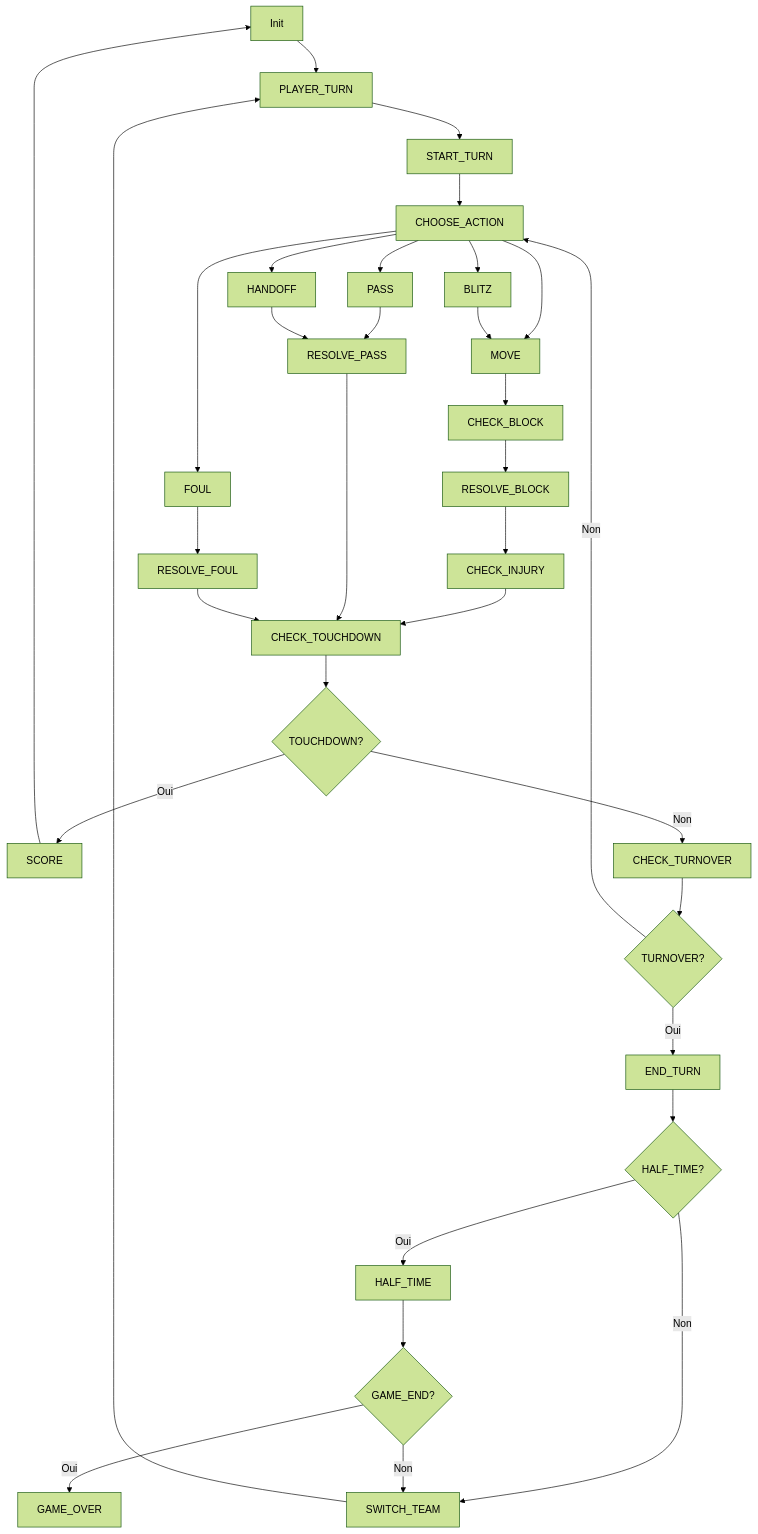
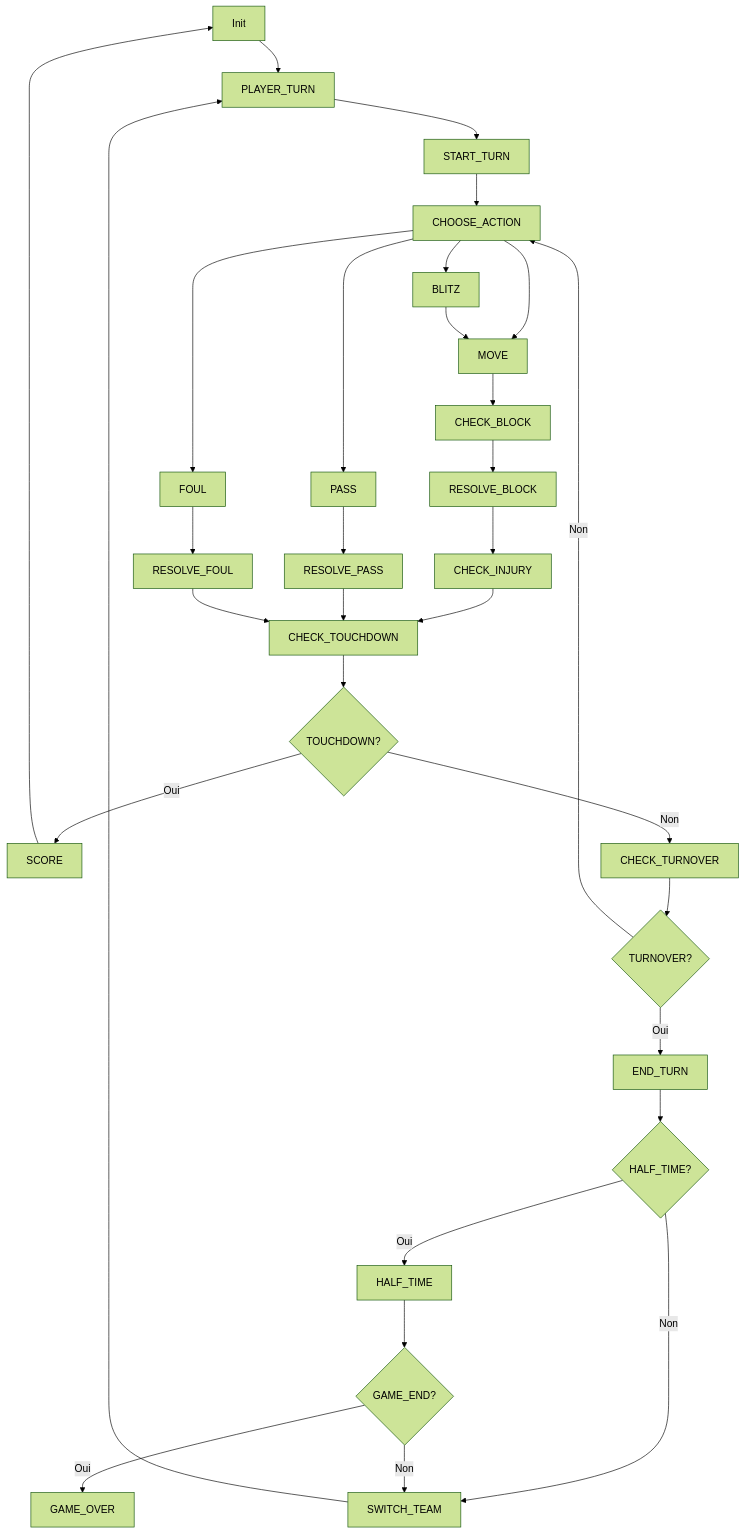
One commit to ju57in3/PLT-Blood-Bowl changed the second of 3 diagrams in README.md. Above: the diagram before and after it, drawn with Mermaid (forest theme).

Commit message:
ReUpdate README.md

````diff
--- a/README.md
+++ b/README.md
@@ -59,46 +59,43 @@
 ```mermaid
 graph TD
     A[Init] --> E[PLAYER_TURN]
     E --> F[START_TURN]
     F --> G[CHOOSE_ACTION]
 
     G --> H[MOVE]
     H --> I[CHECK_BLOCK]
     I --> J[RESOLVE_BLOCK]
     J --> K[CHECK_INJURY]
     K --> L[CHECK_TOUCHDOWN]
     
     G --> M[PASS]
     M --> N[RESOLVE_PASS]
     N --> L
     
     G --> O[FOUL]
     O --> P[RESOLVE_FOUL]
     P --> L
     
     G --> Q[BLITZ]
     Q --> H
     
-    G --> R[HANDOFF]
-    R --> N
-    
     L --> S{TOUCHDOWN?}
     S -->|Oui| T[SCORE]
     S -->|Non| U[CHECK_TURNOVER]
     
     T --> A
     
     U --> V{TURNOVER?}
     V -->|Oui| W[END_TURN]
     V -->|Non| G
     
     W --> X{HALF_TIME?}
     X -->|Oui| Y[HALF_TIME]
     X -->|Non| Z[SWITCH_TEAM]
     
     Y --> AA{GAME_END?}
     AA -->|Non| Z
     AA -->|Oui| AB[GAME_OVER]
     
     Z --> E
 ```
````
